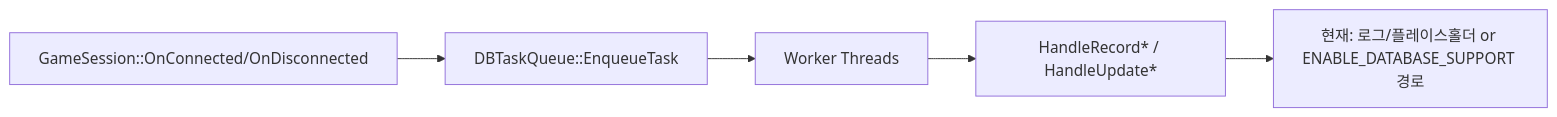
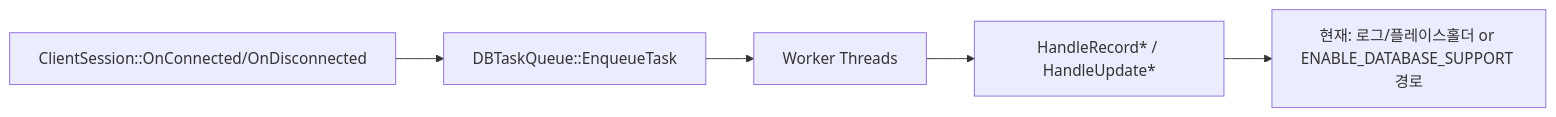
Before and after one commit to leedg/PublicStudy: the fourth of 5 diagrams in NetworkModuleTest/Doc/07_VisualMap.md, drawn with Mermaid. The commit also changed 3 other files, not shown here.

First line of the commit message:
docs: GameSession → ClientSession 리팩토링 반영

````diff
--- a/NetworkModuleTest/Doc/07_VisualMap.md
+++ b/NetworkModuleTest/Doc/07_VisualMap.md
@@ -103,7 +103,7 @@
 ```mermaid
 flowchart LR
-    A["GameSession::OnConnected/OnDisconnected"] --> B["DBTaskQueue::EnqueueTask"]
+    A["ClientSession::OnConnected/OnDisconnected"] --> B["DBTaskQueue::EnqueueTask"]
     B --> C["Worker Threads"]
     C --> D["HandleRecord* / HandleUpdate*"]
     D --> E["현재: 로그/플레이스홀더 or ENABLE_DATABASE_SUPPORT 경로"]
 ```
````
